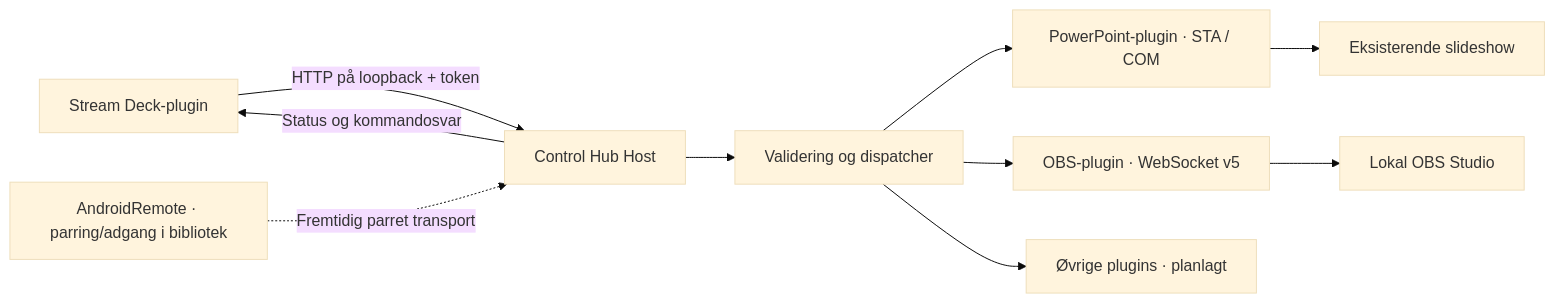
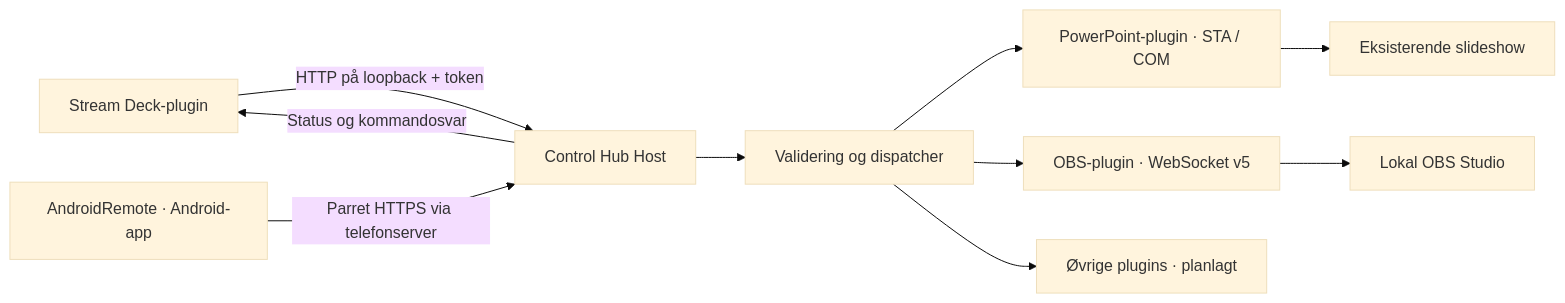
Before and after one commit to thebonden/Control_Hub: the diagram in docs/project.da.md, drawn with Mermaid (base theme). The commit also changed other lines of this file and 35 other files, not shown here.

Commit message:
Par AndroidRemote over HTTPS og byg APK / Pair AndroidRemote over HTTPS and build APK

````diff
--- a/docs/project.da.md
+++ b/docs/project.da.md
@@ -25,12 +25,12 @@
 ```mermaid
 flowchart LR
     SD["Stream Deck-plugin"] -->|"HTTP på loopback + token"| H["Control Hub Host"]
-    AR["AndroidRemote · parring/adgang i bibliotek"] -.->|"Fremtidig parret transport"| H
+    AR["AndroidRemote · Android-app"] -->|"Parret HTTPS via telefonserver"| H
     H --> C["Validering og dispatcher"]
     C --> P["PowerPoint-plugin · STA / COM"]
     C --> O["OBS-plugin · WebSocket v5"]
     C --> X["Øvrige plugins · planlagt"]
     P --> PP["Eksisterende slideshow"]
     O --> OBS["Lokal OBS Studio"]
     H -->|"Status og kommandosvar"| SD
 ```
````
